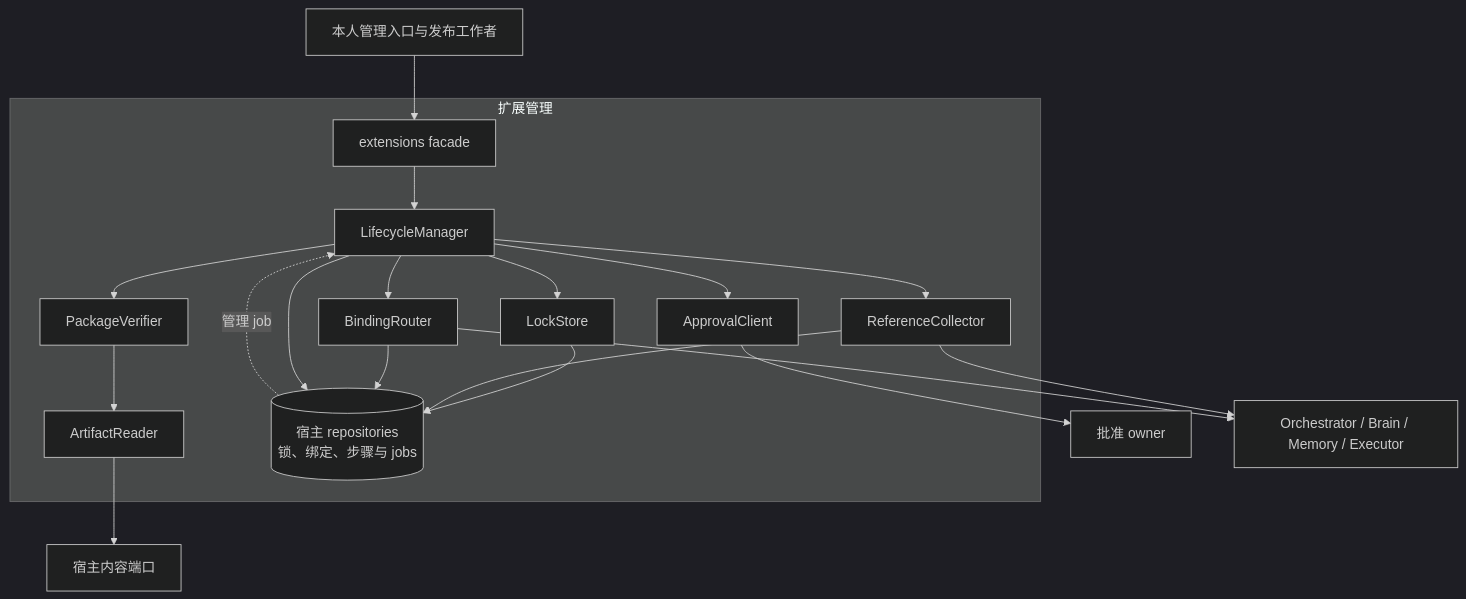
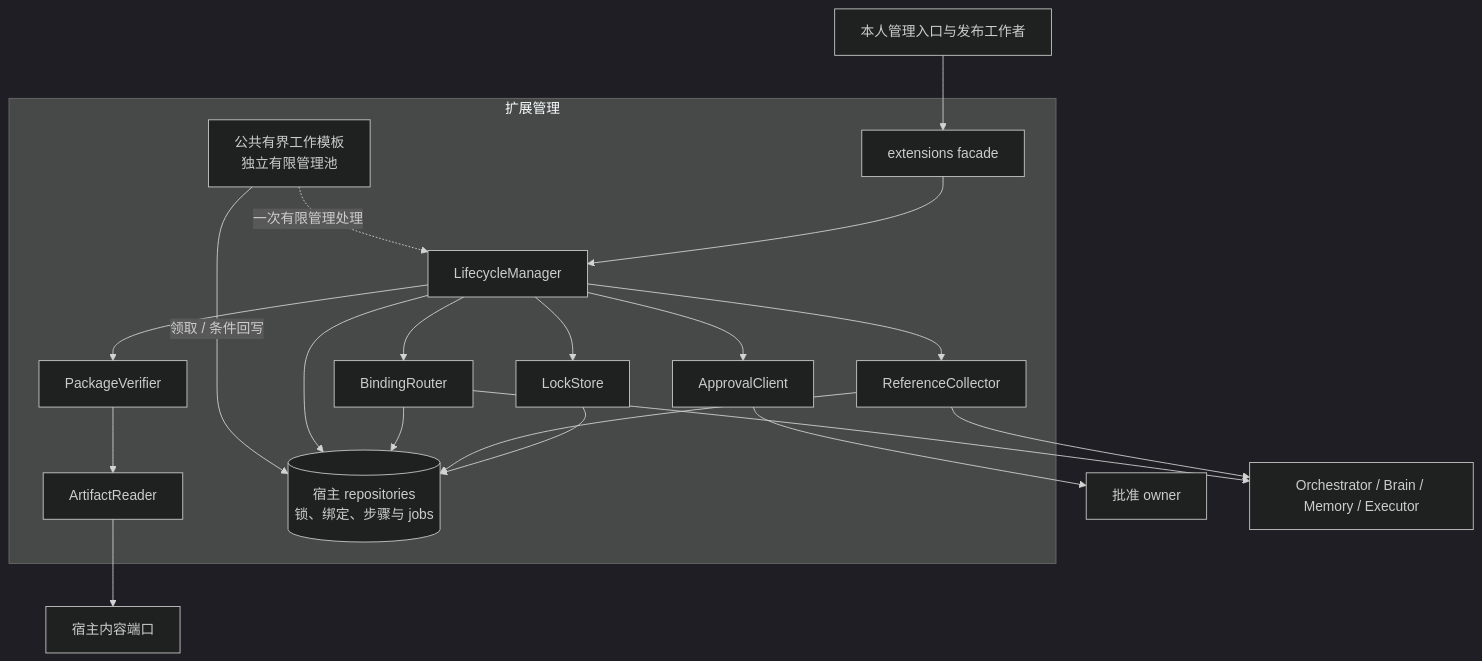
The first of 4 diagrams in docs/architecture/extensions/implementation.md (ruipengliu/lerna), drawn with Mermaid (dark theme) before and after one commit. The commit also changed other lines of this file and 149 other files, not shown here.

Commit message:
docs: define reliable-work architecture and scenarios

````diff
--- a/docs/architecture/extensions/implementation.md
+++ b/docs/architecture/extensions/implementation.md
@@ -38,35 +38,36 @@
 ```mermaid
 flowchart TB
     Caller[本人管理入口与发布工作者]
     Content[宿主内容端口]
     Approval[批准 owner]
     Domain[Orchestrator / Brain / Memory / Executor]
     subgraph Extension[扩展管理]
       F[extensions facade]
       M[LifecycleManager]
       V[PackageVerifier]
       A[ArtifactReader]
       L[LockStore]
       R[ReferenceCollector]
       P[ApprovalClient]
       B[BindingRouter]
       S[(宿主 repositories<br/>锁、绑定、步骤与 jobs)]
       F --> M
       M --> V
       V --> A
       M --> L
       M --> R
       M --> P
       M --> B
       L --> S
       R --> S
       B --> S
       M --> S
-      S -.->|管理 job| M
+      J[公共有界工作模板<br/>独立有限管理池] -->|领取 / 条件回写| S
+      J -.->|一次有限管理处理| M
     end
     Caller --> F
     A --> Content
     P --> Approval
     R --> Domain
     B --> Domain
 ```
````
